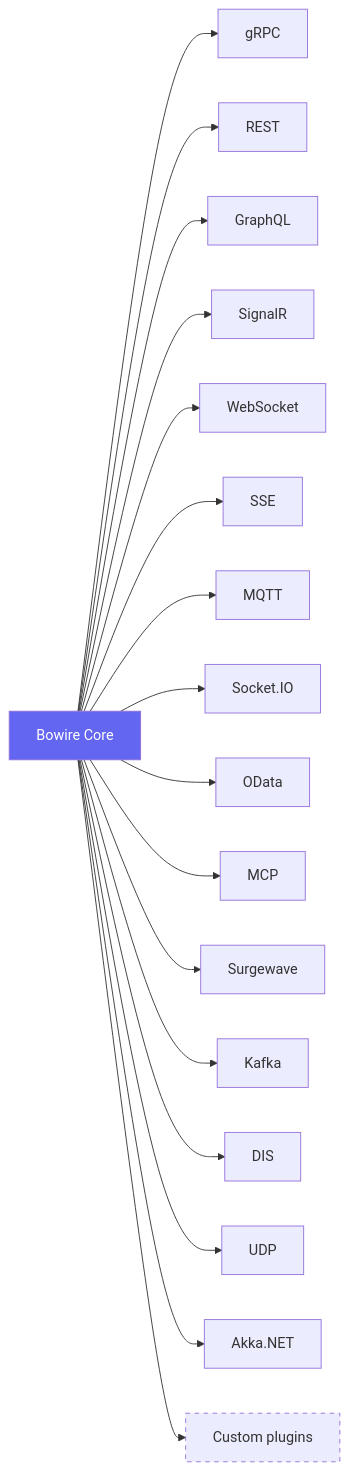
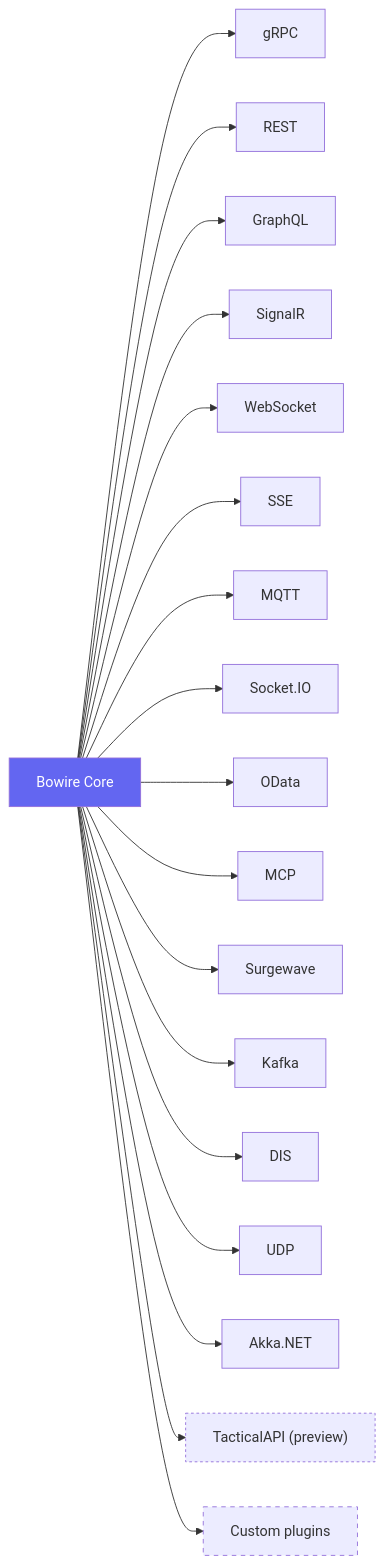
Before and after one commit to Kuestenlogik/Bowire: the diagram in docs/protocols/index.md, drawn with Mermaid. The commit also changed other lines of this file and 9 other files, not shown here.

````diff
--- a/docs/protocols/index.md
+++ b/docs/protocols/index.md
@@ -40,21 +41,23 @@
 ```mermaid
 graph LR
     A[Bowire Core] --> B[gRPC]
     A --> C[REST]
     A --> D[GraphQL]
     A --> E[SignalR]
     A --> F[WebSocket]
     A --> G[SSE]
     A --> H[MQTT]
     A --> I[Socket.IO]
     A --> J[OData]
     A --> K[MCP]
     A --> M[Surgewave]
     A --> N[Kafka]
     A --> O[DIS]
     A --> P[UDP]
     A --> Q["Akka.NET"]
+    A --> R["TacticalAPI (preview)"]
     A --> L[Custom plugins]
     style A fill:#6366f1,color:#fff
     style L stroke-dasharray: 5 5
+    style R stroke-dasharray: 3 3
 ```
````
